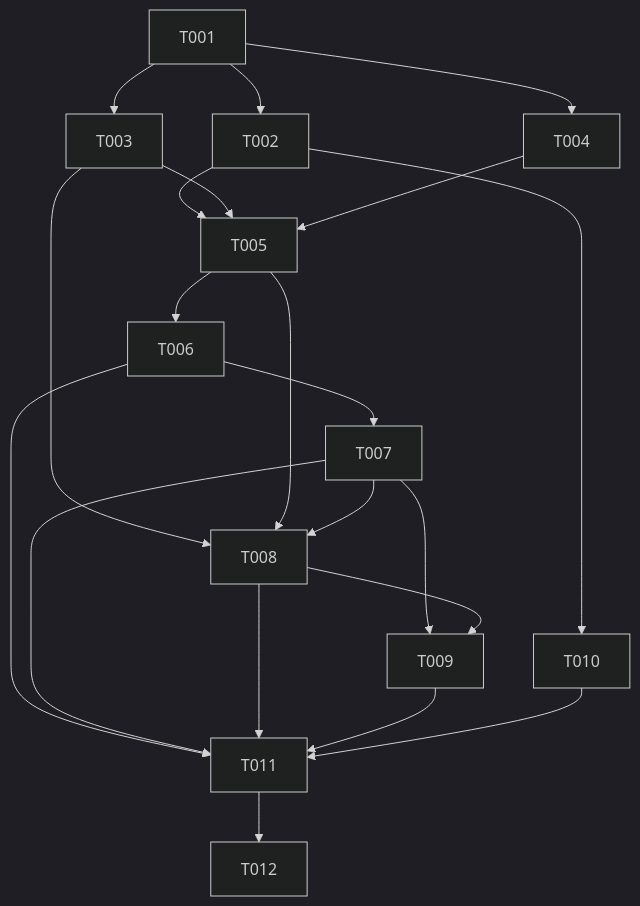
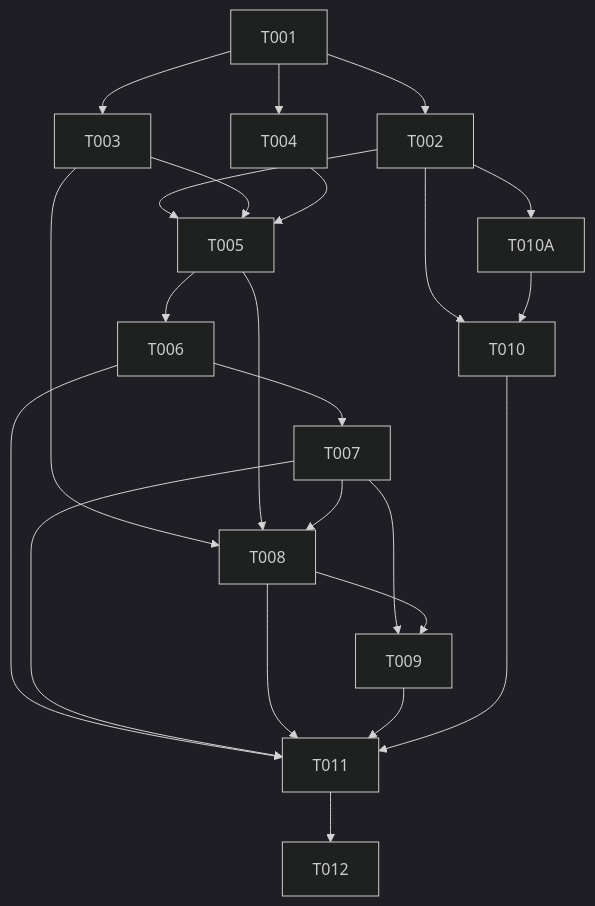
The diagram in docs/REFACTOR_PLAN.md (ljh2014137576-dev/ex-lend-web), drawn with Mermaid (dark theme) before and after one commit. The commit also changed other lines of this file and 2 other files, not shown here.

````diff
--- a/docs/REFACTOR_PLAN.md
+++ b/docs/REFACTOR_PLAN.md
@@ -398,23 +427,25 @@
 ```mermaid
 graph TD
   T001 --> T002
   T001 --> T003
   T001 --> T004
   T002 --> T005
   T003 --> T005
   T004 --> T005
   T005 --> T006
   T006 --> T007
   T003 --> T008
   T005 --> T008
   T007 --> T008
   T007 --> T009
   T008 --> T009
   T002 --> T010
+  T002 --> T010A
+  T010A --> T010
   T006 --> T011
   T007 --> T011
   T008 --> T011
   T009 --> T011
   T010 --> T011
   T011 --> T012
 ```
````
